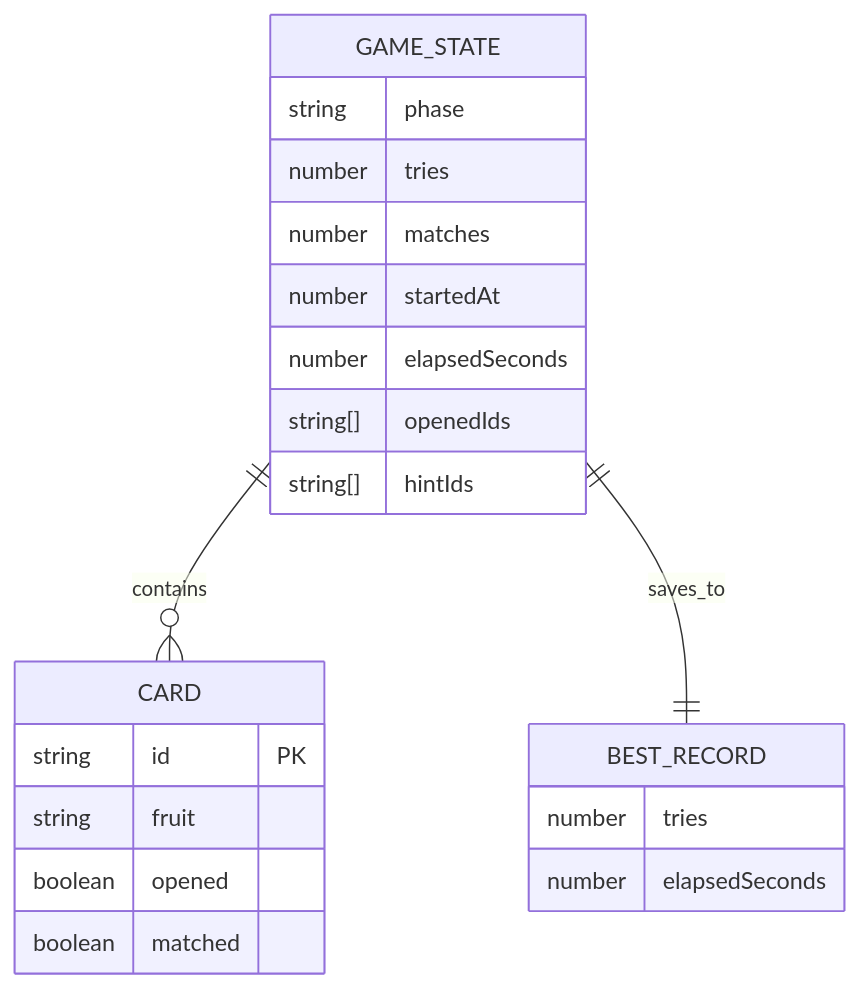
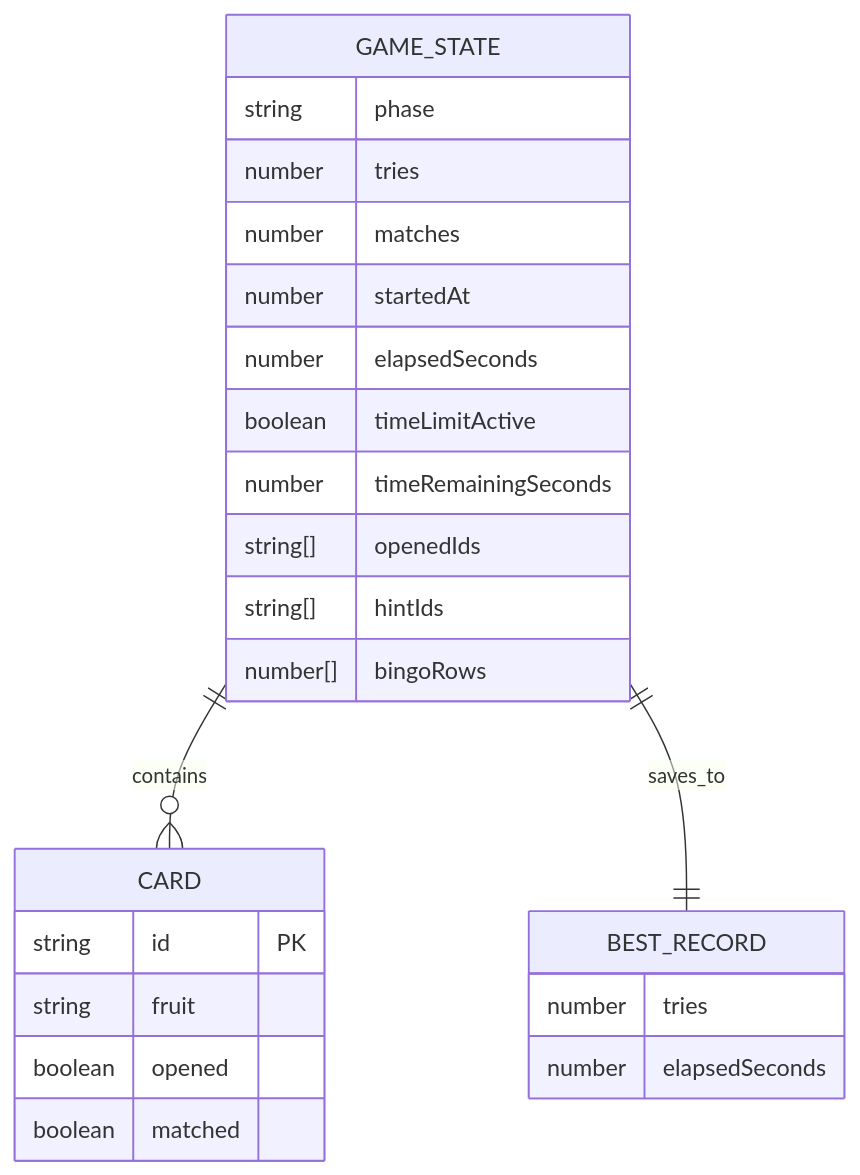
The diagram in README.md (bradforyou8912-web/puzzle-game), drawn with Mermaid before and after one commit. The commit also changed other lines of this file and 1 other file, not shown here.

````diff
--- a/README.md
+++ b/README.md
@@ -82,24 +101,27 @@
 ```mermaid
 erDiagram
     GAME_STATE ||--o{ CARD : contains
     GAME_STATE {
       string phase
       number tries
       number matches
       number startedAt
       number elapsedSeconds
+      boolean timeLimitActive
+      number timeRemainingSeconds
       string[] openedIds
       string[] hintIds
+      number[] bingoRows
     }
     CARD {
       string id PK
       string fruit
       boolean opened
       boolean matched
     }
     BEST_RECORD {
       number tries
       number elapsedSeconds
     }
     GAME_STATE ||--|| BEST_RECORD : saves_to
 ```
````
